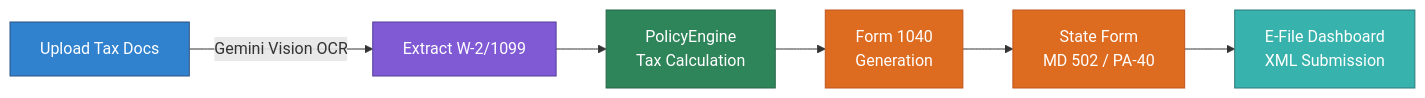
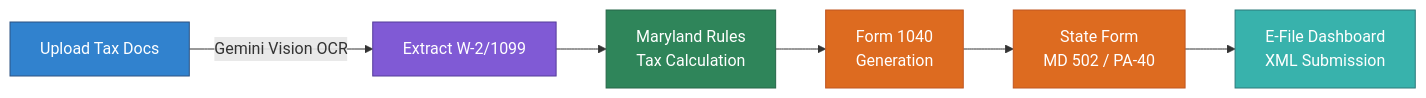
The third of 3 diagrams in README.md (Nash0984/JAWN), drawn with Mermaid before and after one commit. The commit also changed other lines of this file, not shown here.

First line of the commit message:
Update benefit calculation system to use Maryland's own rules engines

````diff
--- a/README.md
+++ b/README.md
@@ -313,15 +314,15 @@
 ```mermaid
 graph LR
     A[Upload Tax Docs] -->|Gemini Vision OCR| B[Extract W-2/1099]
-    B --> C[PolicyEngine<br/>Tax Calculation]
+    B --> C[Maryland Rules<br/>Tax Calculation]
     C --> D[Form 1040<br/>Generation]
     D --> E[State Form<br/>MD 502 / PA-40]
     E --> F[E-File Dashboard<br/>XML Submission]
     
     style A fill:#3182CE,stroke:#2C5282,color:#fff
     style B fill:#805AD5,stroke:#553C9A,color:#fff
     style C fill:#2F855A,stroke:#276749,color:#fff
     style D fill:#DD6B20,stroke:#C05621,color:#fff
     style E fill:#DD6B20,stroke:#C05621,color:#fff
     style F fill:#38B2AC,stroke:#2C7A7B,color:#fff
 ```
````
